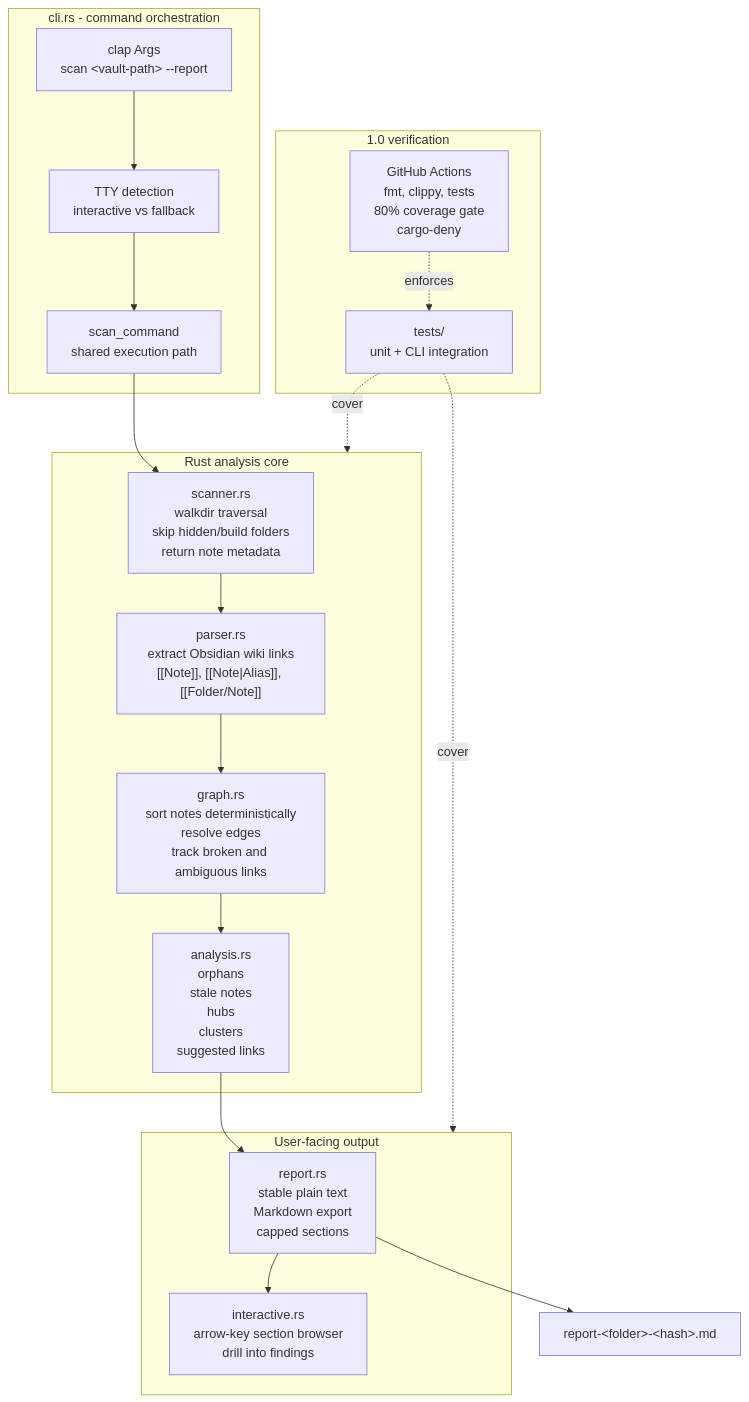
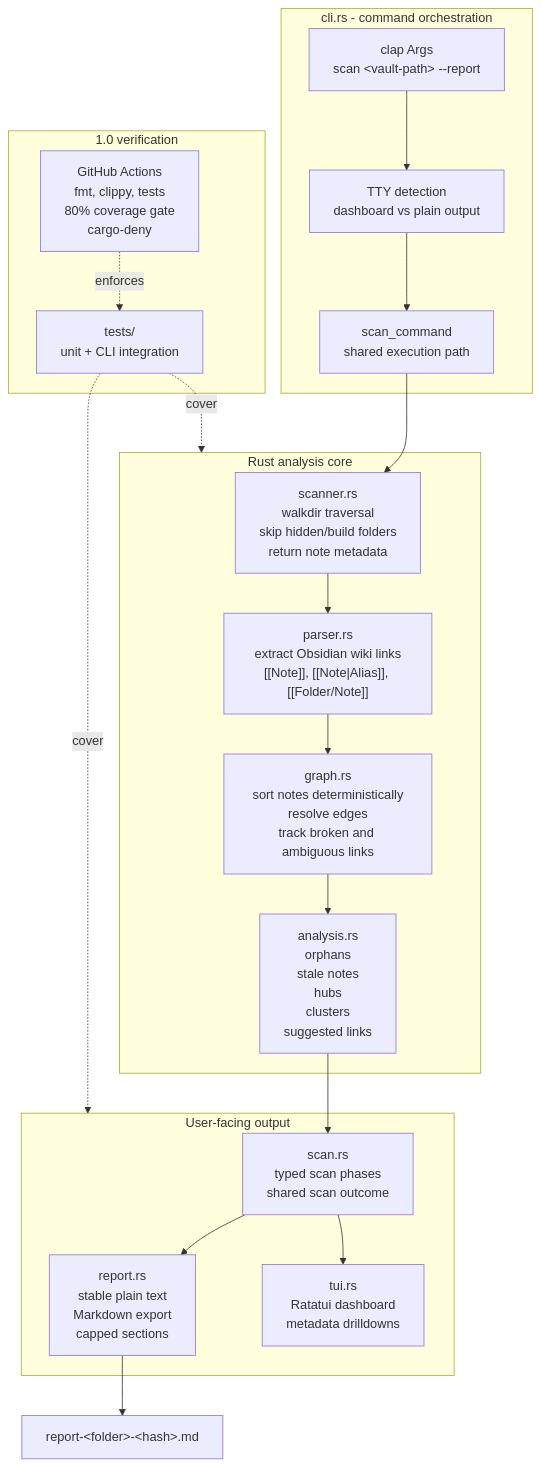
Before and after one commit to GeneralMalit/rust-vault-map: the second of 2 diagrams in README.md, drawn with Mermaid. The commit also changed other lines of this file and 9 other files, not shown here.

````diff
--- a/README.md
+++ b/README.md
@@ -80,34 +86,36 @@
 ```mermaid
 flowchart TB
     subgraph CLI["cli.rs - command orchestration"]
         Args["clap Args<br/>scan &lt;vault-path&gt; --report"]
-        Tty["TTY detection<br/>interactive vs fallback"]
+        Tty["TTY detection<br/>dashboard vs plain output"]
         Runner["scan_command<br/>shared execution path"]
     end
 
     subgraph Core["Rust analysis core"]
         Scanner["scanner.rs<br/>walkdir traversal<br/>skip hidden/build folders<br/>return note metadata"]
         Parser["parser.rs<br/>extract Obsidian wiki links<br/>[[Note]], [[Note|Alias]], [[Folder/Note]]"]
         Graph["graph.rs<br/>sort notes deterministically<br/>resolve edges<br/>track broken and ambiguous links"]
         Analysis["analysis.rs<br/>orphans<br/>stale notes<br/>hubs<br/>clusters<br/>suggested links"]
     end
 
     subgraph Output["User-facing output"]
         Report["report.rs<br/>stable plain text<br/>Markdown export<br/>capped sections"]
-        Interactive["interactive.rs<br/>arrow-key section browser<br/>drill into findings"]
+        Scan["scan.rs<br/>typed scan phases<br/>shared scan outcome"]
+        Dashboard["tui.rs<br/>Ratatui dashboard<br/>metadata drilldowns"]
     end
 
     subgraph Quality["1.0 verification"]
         Tests["tests/<br/>unit + CLI integration"]
         CI["GitHub Actions<br/>fmt, clippy, tests<br/>80% coverage gate<br/>cargo-deny"]
     end
 
     Args --> Tty --> Runner
     Runner --> Scanner --> Parser --> Graph --> Analysis
-    Analysis --> Report
-    Report --> Interactive
+    Analysis --> Scan
+    Scan --> Report
+    Scan --> Dashboard
     Report --> Markdown["report-&lt;folder&gt;-&lt;hash&gt;.md"]
     Tests -. cover .-> Core
     Tests -. cover .-> Output
     CI -. enforces .-> Tests
 ```
````
